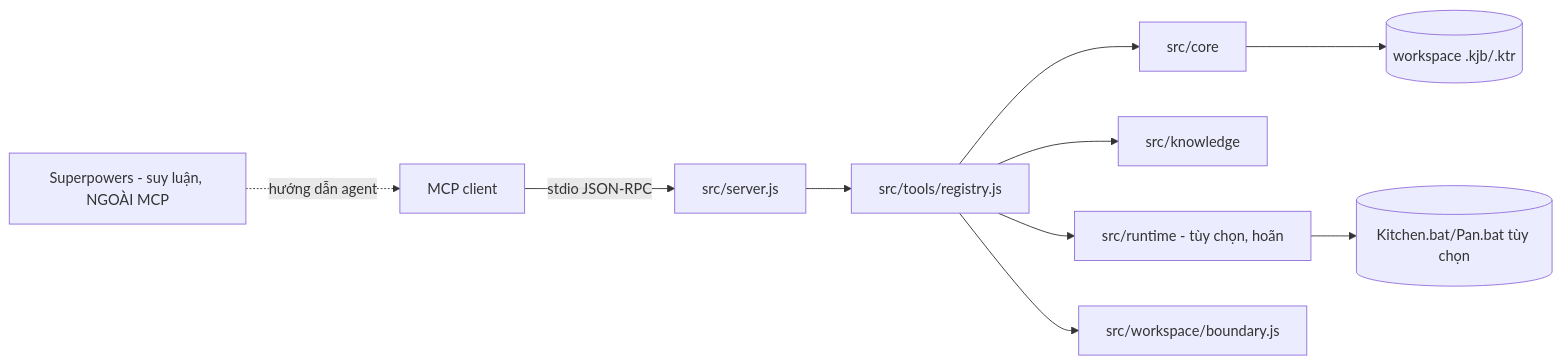
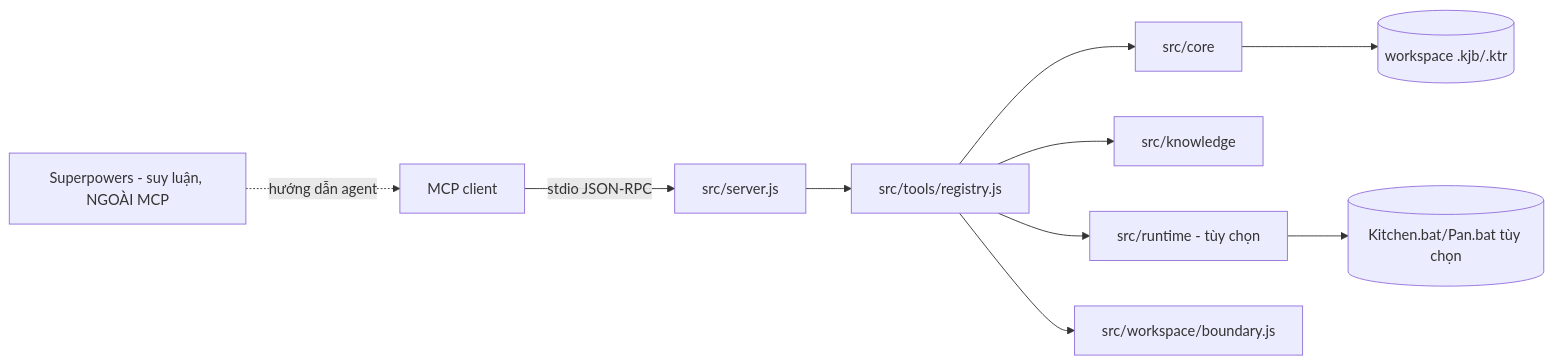
Before and after one commit to TumRoyall/pentaho-mcp-server: the first of 3 diagrams in docs/architecture.md, drawn with Mermaid. The commit also changed other lines of this file and 10 other files, not shown here.

````diff
--- a/docs/architecture.md
+++ b/docs/architecture.md
@@ -11,12 +11,12 @@
 ```mermaid
 flowchart LR
     SP[Superpowers - suy luận, NGOÀI MCP] -. hướng dẫn agent .-> Client
     Client[MCP client] -->|stdio JSON-RPC| S[src/server.js]
     S --> R[src/tools/registry.js]
     R --> C[src/core]
     R --> K[src/knowledge]
-    R --> RT[src/runtime - tùy chọn, hoãn]
+    R --> RT[src/runtime - tùy chọn]
     R --> B[src/workspace/boundary.js]
     C --> W[(workspace .kjb/.ktr)]
     RT --> PDI[(Kitchen.bat/Pan.bat tùy chọn)]
 ```
````
